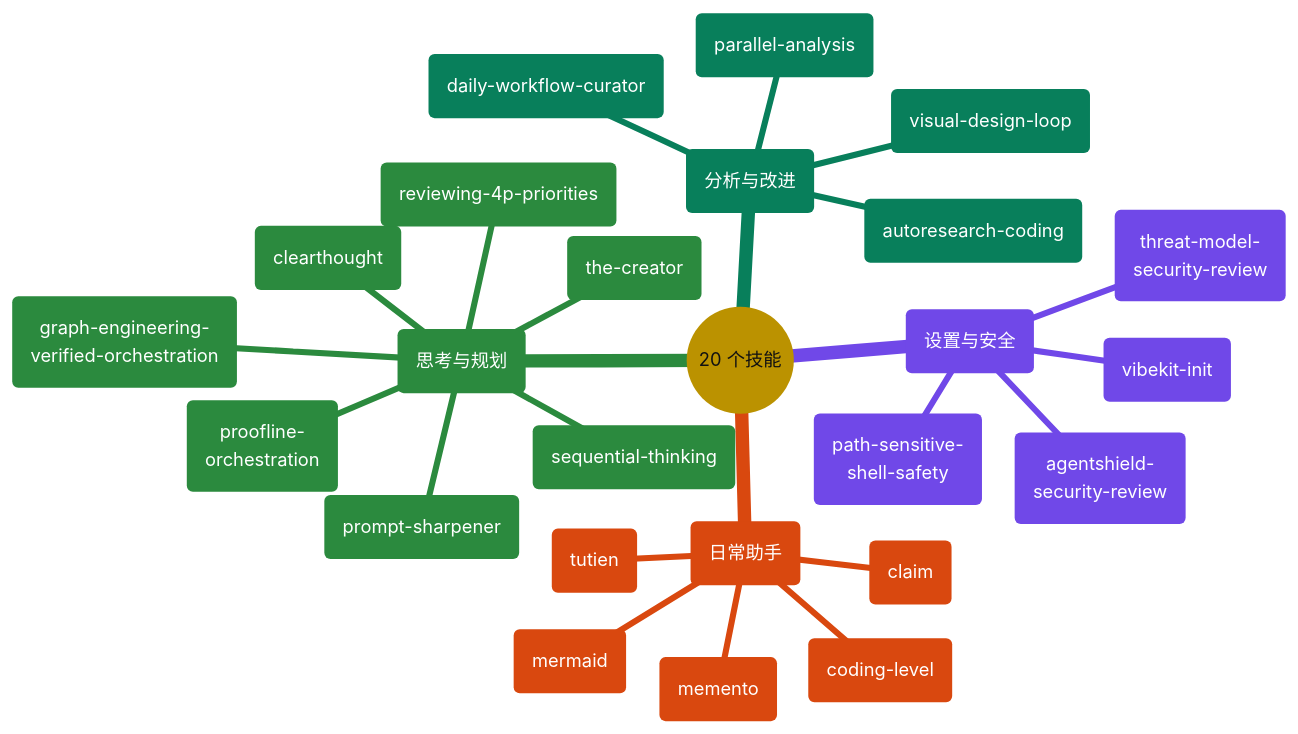
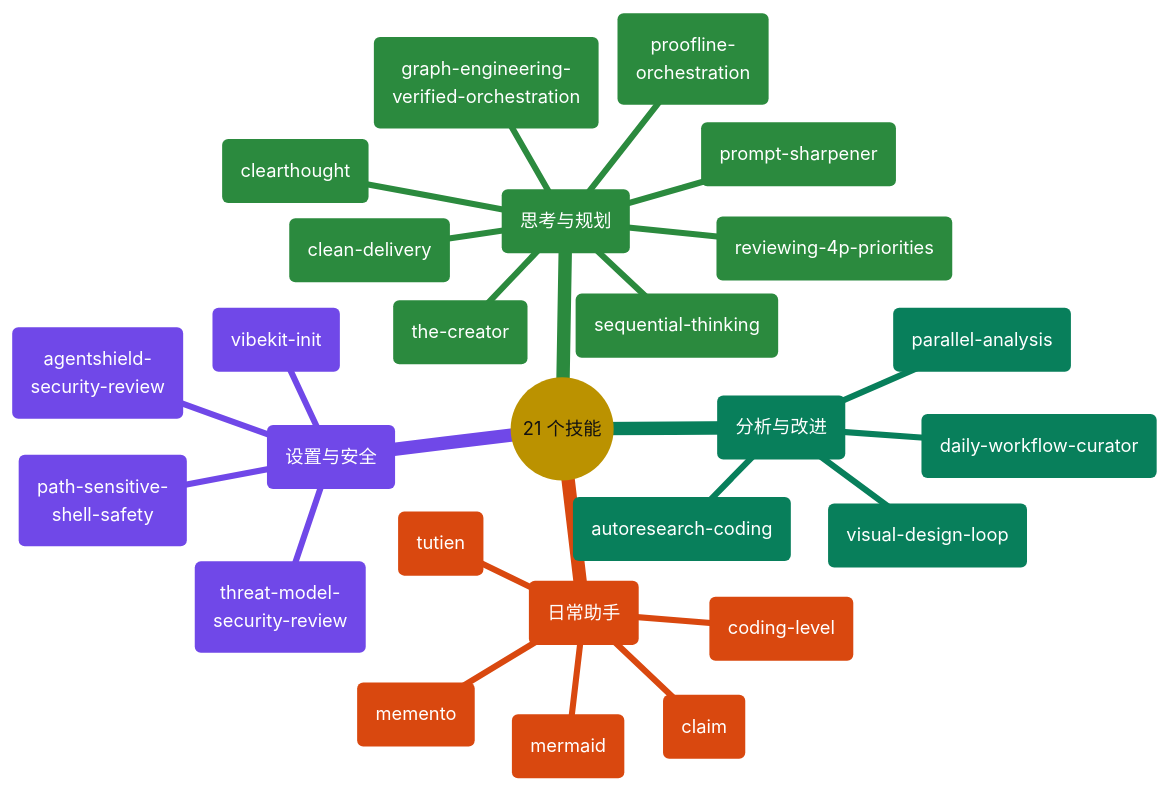
One commit to giang6283623/minimal-vibe-coding-kit changed the fifth of 9 diagrams in docs/README.zh-CN.md. Above: the diagram before and after it, drawn with Mermaid. The commit also changed other lines of this file and 130 other files, not shown here.

````diff
--- a/docs/README.zh-CN.md
+++ b/docs/README.zh-CN.md
@@ -347,61 +354,62 @@
 ```mermaid
 ---
 config:
   theme: base
   themeCSS: >-
     .mindmap-node:not(.section-root):not(.section--1) text,
     .mindmap-node:not(.section-root):not(.section--1) tspan
     { fill: #FFFFFF !important; }
     .mindmap-node:not(.section-root):not(.section--1) div,
     .mindmap-node:not(.section-root):not(.section--1) span,
     .mindmap-node:not(.section-root):not(.section--1) p
     { color: #FFFFFF !important; }
   themeVariables:
     darkMode: false
     fontFamily: cascadia mono, consolas, noto sans mono, menlo, monospace
     fontSize: 15px
     lineColor: "#888888"
     textColor: "#111111"
     primaryColor: "#FFD43B"
     primaryTextColor: "#111111"
     primaryBorderColor: "#444444"
     cScale0: "#1971C2"
     cScale1: "#7048E8"
     cScale2: "#2B8A3E"
     cScale3: "#087F5B"
     cScale4: "#D9480F"
     cScale5: "#C2255C"
     cScaleLabel0: "#FFFFFF"
     cScaleLabel1: "#FFFFFF"
     cScaleLabel2: "#FFFFFF"
     cScaleLabel3: "#FFFFFF"
     cScaleLabel4: "#FFFFFF"
     cScaleLabel5: "#FFFFFF"
 ---
 mindmap
-  root(("20 个技能"))
+  root(("21 个技能"))
     setup("设置与安全")
       s1("vibekit-init")
       s2("agentshield-<br/>security-review")
       s3("path-sensitive-<br/>shell-safety")
       s4("threat-model-<br/>security-review")
     think("思考与规划")
       t1("clearthought")
       t2("sequential-thinking")
       t3("prompt-sharpener")
       t4("reviewing-4p-priorities")
       t5("graph-engineering-<br/>verified-orchestration")
       t6("the-creator")
       t7("proofline-<br/>orchestration")
+      t8("clean-delivery")
     analyze("分析与改进")
       a1("parallel-analysis")
       a2("autoresearch-coding")
       a3("daily-workflow-curator")
       a4("visual-design-loop")
     helpers("日常助手")
       h1("memento")
       h2("coding-level")
       h3("mermaid")
       h4("claim")
       h5("tutien")
 ```
````
